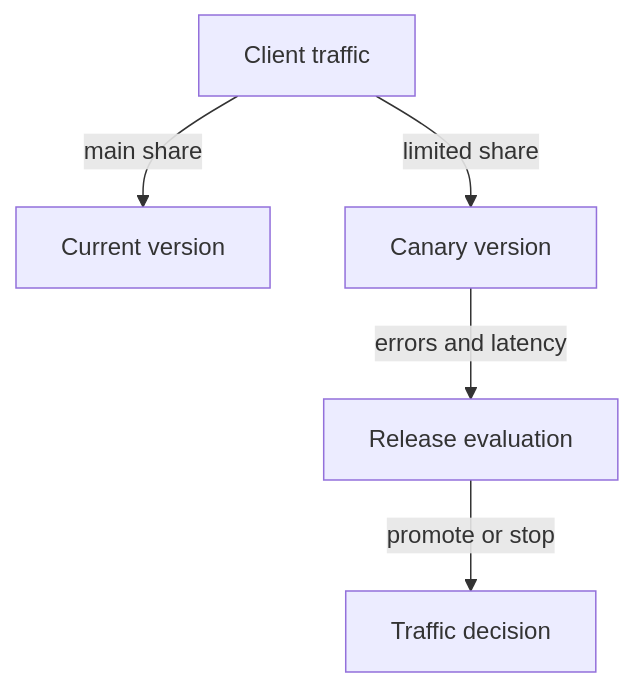
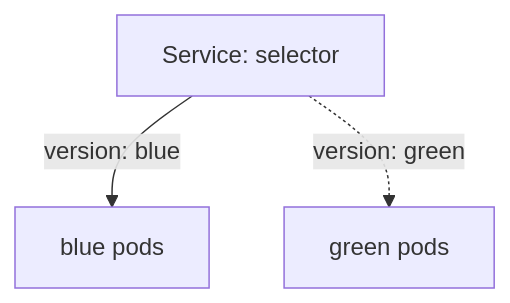
The diagram in sections/section-010/module-03/course-02-blue-green-canary-and-release-evidence.md (astrona-io/ATS039), drawn with Mermaid before and after one commit. The commit also changed other lines of this file and 156 other files, not shown here.

````diff
--- a/sections/section-010/module-03/course-02-blue-green-canary-and-release-evidence.md
+++ b/sections/section-010/module-03/course-02-blue-green-canary-and-release-evidence.md
@@ -12,7 +12,5 @@
 ```mermaid
 flowchart TB
-    C["Client traffic"] -->|"main share"| O["Current version"]
-    C -->|"limited share"| N["Canary version"]
-    N -->|"errors and latency"| E["Release evaluation"]
-    E -->|"promote or stop"| D["Traffic decision"]
+    S["Service: selector"] -->|"version: blue"| B["blue pods"]
+    S -.->|"version: green"| G["green pods"]
 ```
````
